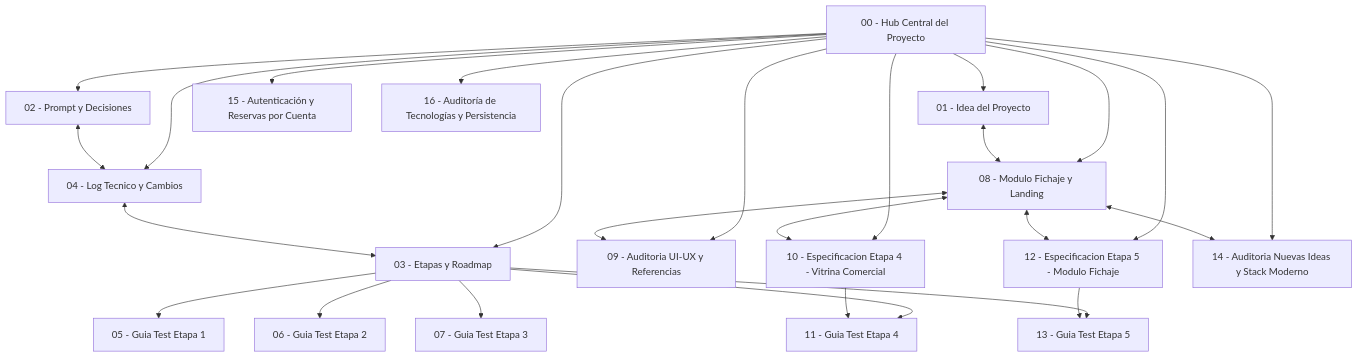
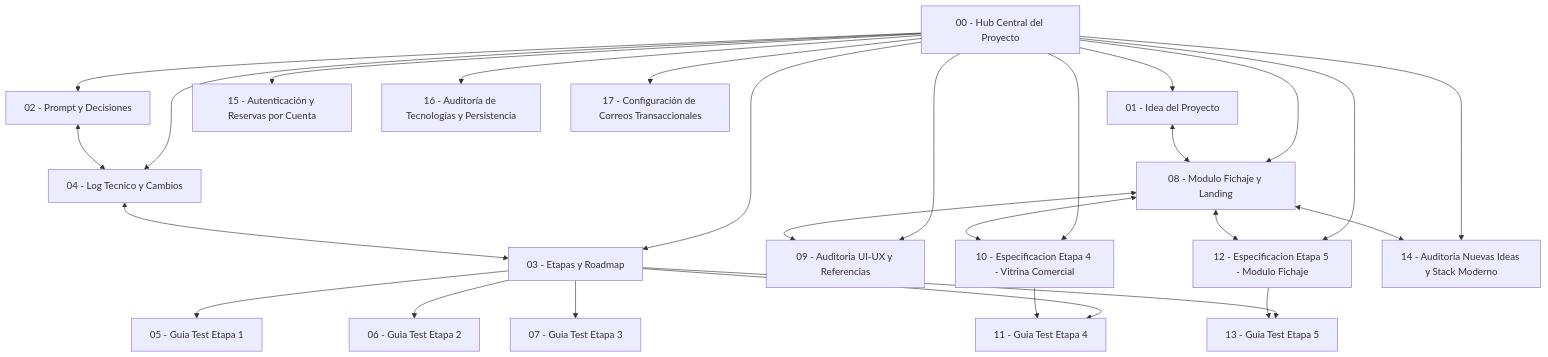
Before and after one commit to ESCANOR123123/fulbito: the diagram in Docs/00 - Hub Central del Proyecto.md, drawn with Mermaid. The commit also changed other lines of this file and 9 other files, not shown here.

````diff
--- a/Docs/00 - Hub Central del Proyecto.md
+++ b/Docs/00 - Hub Central del Proyecto.md
@@ -10,30 +10,31 @@
 ```mermaid
 graph TD
     HUB["00 - Hub Central del Proyecto"] --> P1["01 - Idea del Proyecto"]
     HUB --> P2["02 - Prompt y Decisiones"]
     HUB --> P3["03 - Etapas y Roadmap"]
     HUB --> P4["04 - Log Tecnico y Cambios"]
     HUB --> P8["08 - Modulo Fichaje y Landing"]
     HUB --> P9["09 - Auditoria UI-UX y Referencias"]
     HUB --> P10["10 - Especificacion Etapa 4 - Vitrina Comercial"]
     HUB --> P12["12 - Especificacion Etapa 5 - Modulo Fichaje"]
     HUB --> P14["14 - Auditoria Nuevas Ideas y Stack Moderno"]
     HUB --> P15["15 - Autenticación y Reservas por Cuenta"]
     HUB --> P16["16 - Auditoría de Tecnologías y Persistencia"]
+    HUB --> P17["17 - Configuración de Correos Transaccionales"]
     
     P3 --> T1["05 - Guia Test Etapa 1"]
     P3 --> T2["06 - Guia Test Etapa 2"]
     P3 --> T3["07 - Guia Test Etapa 3"]
     P3 --> T4["11 - Guia Test Etapa 4"]
     P3 --> T5["13 - Guia Test Etapa 5"]
     P10 --> T4
     P12 --> T5
     
     P1 <--> P8
     P8 <--> P9
     P8 <--> P10
     P8 <--> P12
     P8 <--> P14
     P4 <--> P3
     P2 <--> P4
 ```
````
